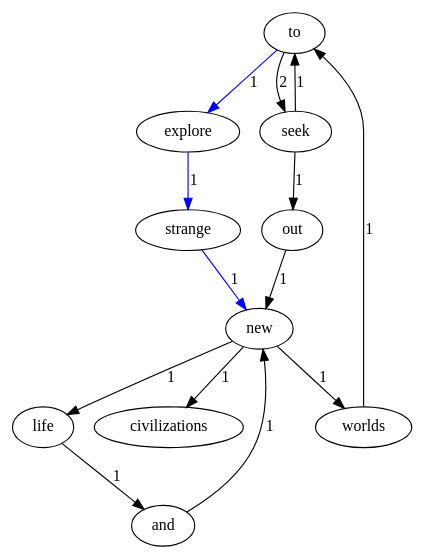
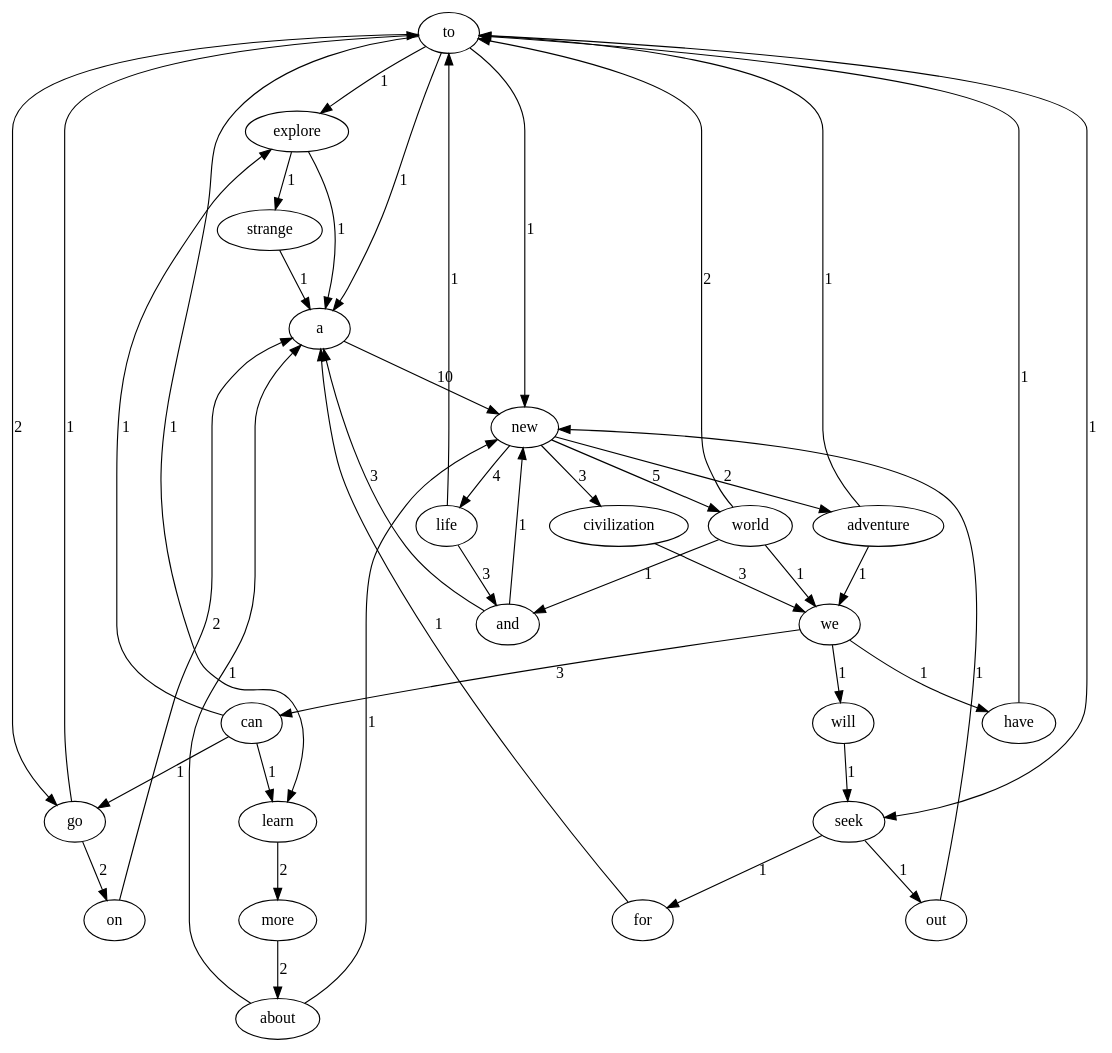
The diagram in bin/file/normal/Graph.dot (uprightderran/myGUI4lab1), drawn with Graphviz before and after one commit. The commit also changed 24 other files, not shown here.

```diff
--- a/bin/file/normal/Graph.dot
+++ b/bin/file/normal/Graph.dot
@@ -1,25 +1,67 @@
 digraph TextGraph {
 to;
 explore;
 strange;
+a;
 new;
-worlds;
+world;
+and;
+life;
+civilization;
+we;
+can;
+go;
+on;
+adventure;
 seek;
 out;
-life;
-and;
-civilizations;
-to -> explore [label = 1, color = blue];
-explore -> strange [label = 1, color = blue];
-strange -> new [label = 1, color = blue];
-new -> worlds [label = 1];
-worlds -> to [label = 1];
-new -> life [label = 1];
-life -> and [label = 1];
+learn;
+more;
+about;
+have;
+will;
+for;
+to -> explore [label = 1];
+explore -> strange [label = 1];
+strange -> a [label = 1];
+a -> new [label = 10];
+new -> world [label = 5];
+world -> and [label = 1];
+and -> a [label = 3];
 and -> new [label = 1];
-new -> civilizations [label = 1];
-to -> seek [label = 2];
-seek -> to [label = 1];
+world -> to [label = 2];
+world -> we [label = 1];
+we -> can [label = 3];
+can -> go [label = 1];
+go -> on [label = 2];
+on -> a [label = 2];
+go -> to [label = 1];
+can -> learn [label = 1];
+learn -> more [label = 2];
+more -> about [label = 2];
+about -> a [label = 1];
+about -> new [label = 1];
+can -> explore [label = 1];
+we -> have [label = 1];
+have -> to [label = 1];
+we -> will [label = 1];
+will -> seek [label = 1];
 seek -> out [label = 1];
 out -> new [label = 1];
+seek -> for [label = 1];
+for -> a [label = 1];
+new -> life [label = 4];
+life -> and [label = 3];
+life -> to [label = 1];
+new -> civilization [label = 3];
+civilization -> we [label = 3];
+new -> adventure [label = 2];
+adventure -> to [label = 1];
+adventure -> we [label = 1];
+explore -> a [label = 1];
+to -> seek [label = 1];
+to -> go [label = 2];
+to -> a [label = 1];
+to -> learn [label = 1];
+to -> new [label = 1];
 }
```
